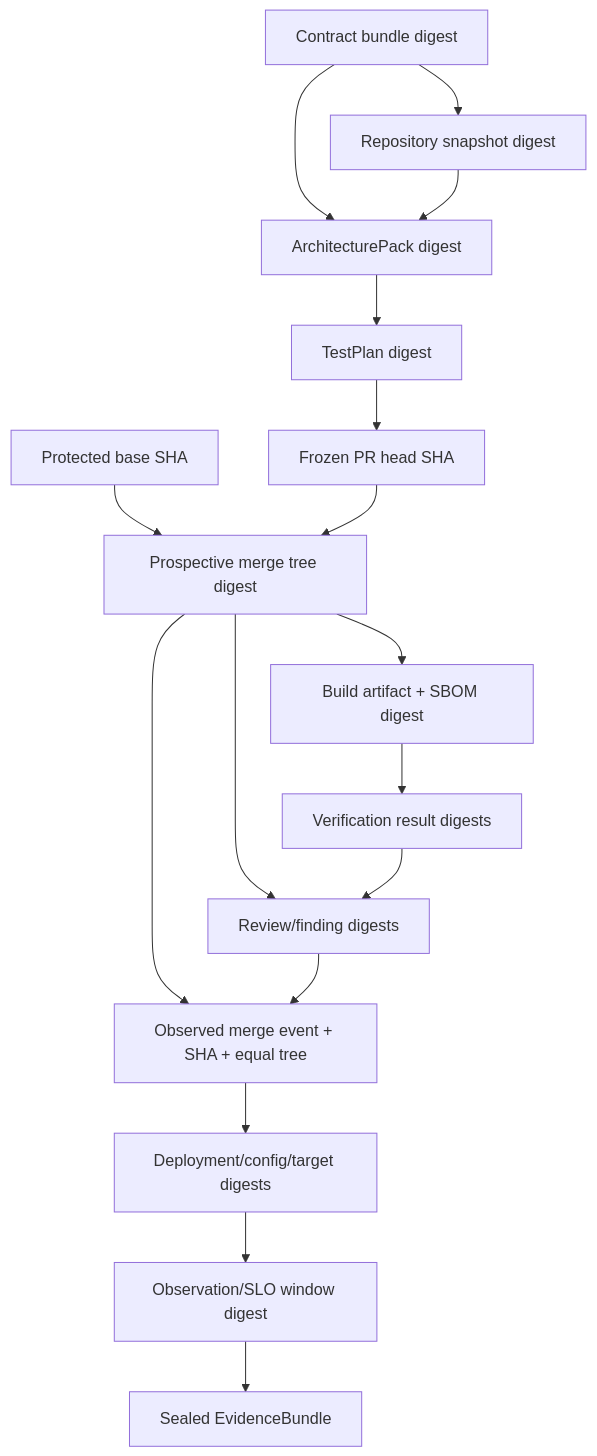
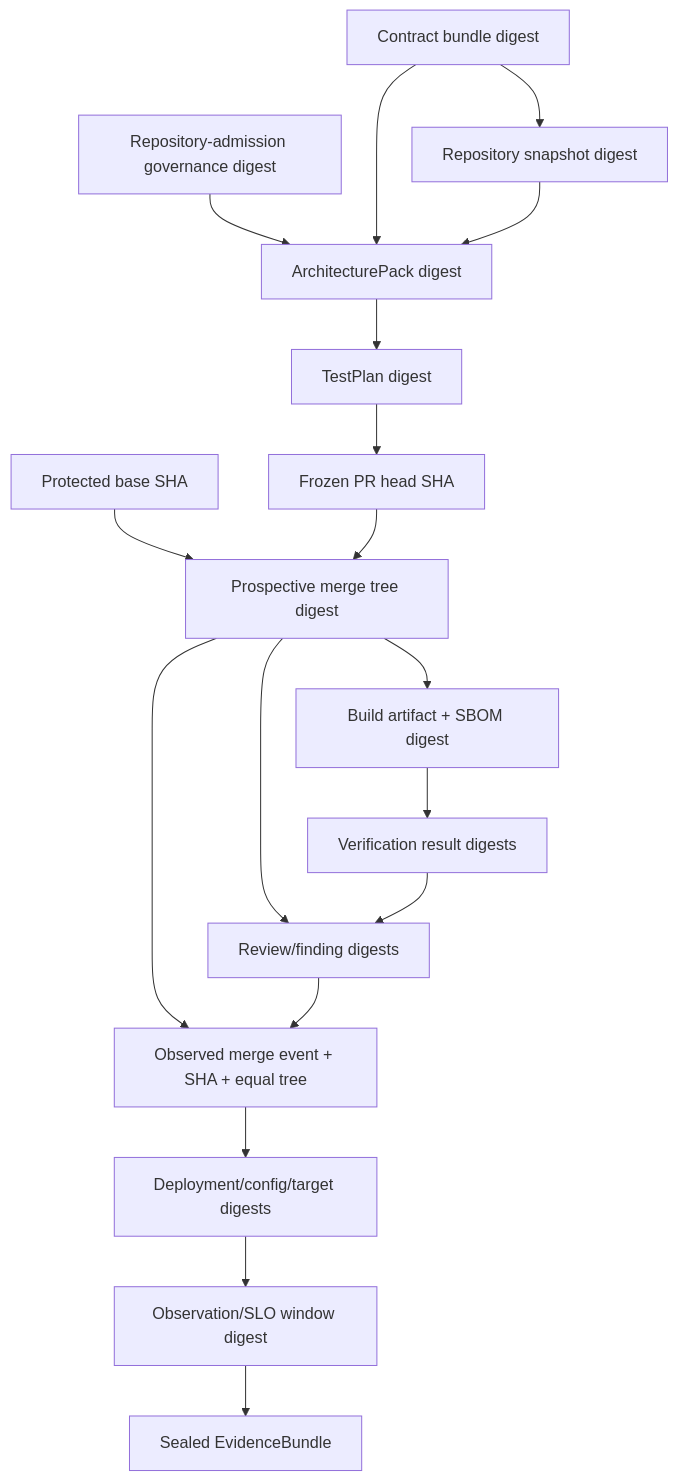
Before and after one commit to Abhillashjadhav/production-engineering-os: the second of 3 diagrams in docs/TARGET-ARCHITECTURE.md, drawn with Mermaid. The commit also changed other lines of this file and 3 other files, not shown here.

````diff
--- a/docs/TARGET-ARCHITECTURE.md
+++ b/docs/TARGET-ARCHITECTURE.md
@@ -138,19 +138,20 @@
 ```mermaid
 flowchart TB
     C[Contract bundle digest] --> R[Repository snapshot digest]
+    G[Repository-admission governance digest] --> A
     C --> A[ArchitecturePack digest]
     R --> A
     A --> T[TestPlan digest]
     T --> H[Frozen PR head SHA]
     P[Protected base SHA] --> MT[Prospective merge tree digest]
     H --> MT
     MT --> B[Build artifact + SBOM digest]
     B --> V[Verification result digests]
     MT --> RV[Review/finding digests]
     V --> RV[Review/finding digests]
     MT --> M[Observed merge event + SHA + equal tree]
     RV --> M
     M --> D[Deployment/config/target digests]
     D --> O[Observation/SLO window digest]
     O --> E[Sealed EvidenceBundle]
 ```
````
